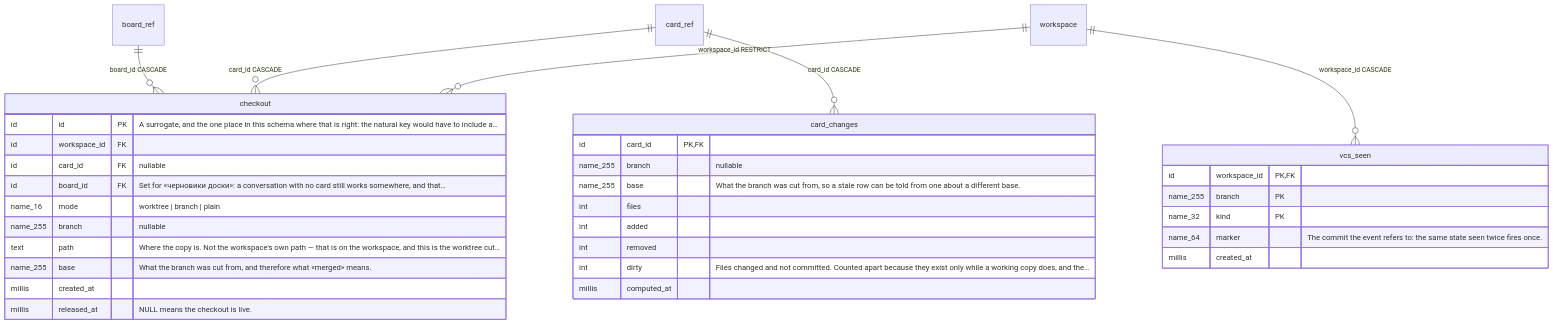
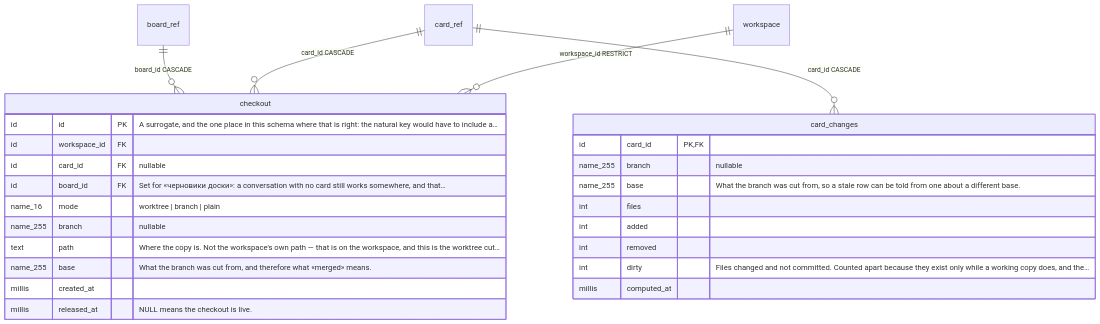
Before and after one commit to artipop/pourquoipas: the seventh of 10 diagrams in docs/schema/erd.md, drawn with Mermaid. The commit also changed other lines of this file and 10 other files, not shown here.

````diff
--- a/docs/schema/erd.md
+++ b/docs/schema/erd.md
@@ -414,38 +405,30 @@
 ```mermaid
 erDiagram
     board_ref ||--o{ checkout : "board_id CASCADE"
     card_ref ||--o{ card_changes : "card_id CASCADE"
     card_ref ||--o{ checkout : "card_id CASCADE"
     workspace ||--o{ checkout : "workspace_id RESTRICT"
-    workspace ||--o{ vcs_seen : "workspace_id CASCADE"
 
     checkout {
         id id PK "A surrogate, and the one place in this schema where that is right: the natural key would have to include a…"
         id workspace_id FK
         id card_id FK "nullable"
         id board_id FK "Set for «черновики доски»: a conversation with no card still works somewhere, and that…"
         name_16 mode "worktree | branch | plain"
         name_255 branch "nullable"
         text path "Where the copy is. Not the workspace's own path — that is on the workspace, and this is the worktree cut…"
         name_255 base "What the branch was cut from, and therefore what «merged» means."
         millis created_at
         millis released_at "NULL means the checkout is live."
     }
-    vcs_seen {
-        id workspace_id PK, FK
-        name_255 branch PK
-        name_32 kind PK
-        name_64 marker "The commit the event refers to: the same state seen twice fires once."
-        millis created_at
-    }
     card_changes {
         id card_id PK, FK
         name_255 branch "nullable"
         name_255 base "What the branch was cut from, so a stale row can be told from one about a different base."
         int files
         int added
         int removed
         int dirty "Files changed and not committed. Counted apart because they exist only while a working copy does, and the…"
         millis computed_at
     }
 ```
````
